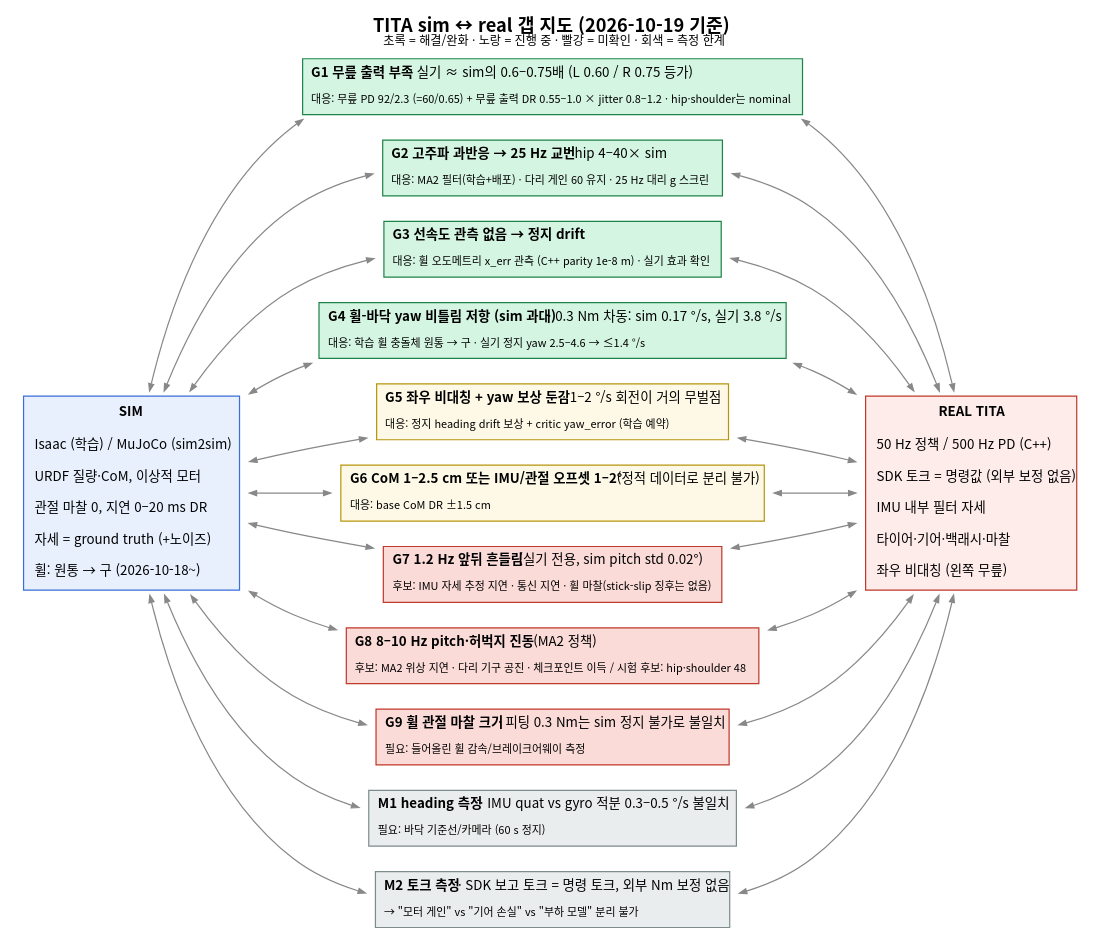
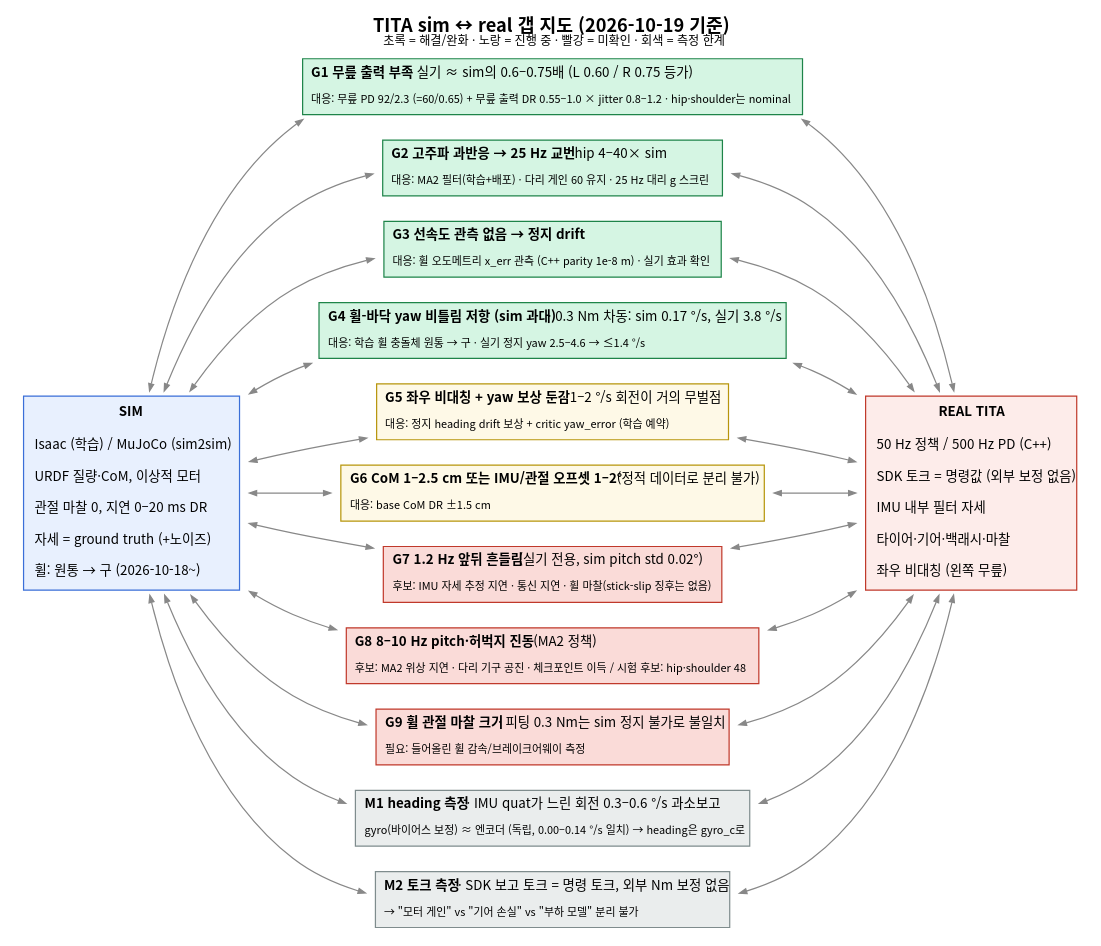
Before and after one commit to JJUNE0/tita_gluon_wbc: the diagram in docs/exp/2026-10-19/sim2real_gap_summary/gap_map.dot, drawn with Graphviz. The commit also changed 497 other files, not shown here.

```diff
--- a/docs/exp/2026-10-19/sim2real_gap_summary/gap_map.dot
+++ b/docs/exp/2026-10-19/sim2real_gap_summary/gap_map.dot
@@ -1,39 +1,39 @@
 digraph G {
   rankdir=LR; nodesep=0.18; ranksep=0.5; splines=true; bgcolor="white";
   node [fontname="Noto Sans CJK KR", fontsize=11, shape=plaintext];
   edge [color="#888888", arrowsize=0.6];
   label=<<b>TITA sim ↔ real 갭 지도 (2026-10-19 기준)</b><br/><font point-size="10">초록 = 해결/완화 · 노랑 = 진행 중 · 빨강 = 미확인 · 회색 = 측정 한계</font>>;
   labelloc=t; fontname="Noto Sans CJK KR"; fontsize=15;
 
   SIM [label=<<table border="1" cellborder="0" cellpadding="6" bgcolor="#e8f0fe" color="#3b6fd8">
     <tr><td><b>SIM</b></td></tr>
     <tr><td align="left">Isaac (학습) / MuJoCo (sim2sim)</td></tr>
     <tr><td align="left">URDF 질량·CoM, 이상적 모터</td></tr>
     <tr><td align="left">관절 마찰 0, 지연 0–20 ms DR</td></tr>
     <tr><td align="left">자세 = ground truth (+노이즈)</td></tr>
     <tr><td align="left">휠: 원통 → 구 (2026-10-18~)</td></tr></table>>];
 
   REAL [label=<<table border="1" cellborder="0" cellpadding="6" bgcolor="#fdecea" color="#c0392b">
     <tr><td><b>REAL TITA</b></td></tr>
     <tr><td align="left">50 Hz 정책 / 500 Hz PD (C++)</td></tr>
     <tr><td align="left">SDK 토크 = 명령값 (외부 보정 없음)</td></tr>
     <tr><td align="left">IMU 내부 필터 자세</td></tr>
     <tr><td align="left">타이어·기어·백래시·마찰</td></tr>
     <tr><td align="left">좌우 비대칭 (왼쪽 무릎)</td></tr></table>>];
 
   node [shape=plaintext];
   g1 [label=<<table border="1" cellborder="0" cellpadding="4" bgcolor="#d5f5e3" color="#1e8449"><tr><td align="left"><b>G1 무릎 출력 부족</b> · 실기 ≈ sim의 0.6–0.75배 (L 0.60 / R 0.75 등가)</td></tr><tr><td align="left"><font point-size="9">대응: 무릎 PD 92/2.3 (=60/0.65) + 무릎 출력 DR 0.55–1.0 × jitter 0.8–1.2 · hip·shoulder는 nominal</font></td></tr></table>>];
   g2 [label=<<table border="1" cellborder="0" cellpadding="4" bgcolor="#d5f5e3" color="#1e8449"><tr><td align="left"><b>G2 고주파 과반응 → 25 Hz 교번</b> · hip 4–40× sim</td></tr><tr><td align="left"><font point-size="9">대응: MA2 필터(학습+배포) · 다리 게인 60 유지 · 25 Hz 대리 g 스크린</font></td></tr></table>>];
   g3 [label=<<table border="1" cellborder="0" cellpadding="4" bgcolor="#d5f5e3" color="#1e8449"><tr><td align="left"><b>G3 선속도 관측 없음 → 정지 drift</b></td></tr><tr><td align="left"><font point-size="9">대응: 휠 오도메트리 x_err 관측 (C++ parity 1e-8 m) · 실기 효과 확인</font></td></tr></table>>];
   g4 [label=<<table border="1" cellborder="0" cellpadding="4" bgcolor="#d5f5e3" color="#1e8449"><tr><td align="left"><b>G4 휠-바닥 yaw 비틀림 저항 (sim 과대)</b> · 0.3 Nm 차동: sim 0.17 °/s, 실기 3.8 °/s</td></tr><tr><td align="left"><font point-size="9">대응: 학습 휠 충돌체 원통 → 구 · 실기 정지 yaw 2.5–4.6 → ≤1.4 °/s</font></td></tr></table>>];
   g5 [label=<<table border="1" cellborder="0" cellpadding="4" bgcolor="#fef9e7" color="#b7950b"><tr><td align="left"><b>G5 좌우 비대칭 + yaw 보상 둔감</b> · 1–2 °/s 회전이 거의 무벌점</td></tr><tr><td align="left"><font point-size="9">대응: 정지 heading drift 보상 + critic yaw_error (학습 예약)</font></td></tr></table>>];
   g6 [label=<<table border="1" cellborder="0" cellpadding="4" bgcolor="#fef9e7" color="#b7950b"><tr><td align="left"><b>G6 CoM 1–2.5 cm 또는 IMU/관절 오프셋 1–2°</b> (정적 데이터로 분리 불가)</td></tr><tr><td align="left"><font point-size="9">대응: base CoM DR ±1.5 cm</font></td></tr></table>>];
   g7 [label=<<table border="1" cellborder="0" cellpadding="4" bgcolor="#fadbd8" color="#c0392b"><tr><td align="left"><b>G7 1.2 Hz 앞뒤 흔들림</b> (실기 전용, sim pitch std 0.02°)</td></tr><tr><td align="left"><font point-size="9">후보: IMU 자세 추정 지연 · 통신 지연 · 휠 마찰(stick-slip 징후는 없음)</font></td></tr></table>>];
   g8 [label=<<table border="1" cellborder="0" cellpadding="4" bgcolor="#fadbd8" color="#c0392b"><tr><td align="left"><b>G8 8–10 Hz pitch·허벅지 진동</b> (MA2 정책)</td></tr><tr><td align="left"><font point-size="9">후보: MA2 위상 지연 · 다리 기구 공진 · 체크포인트 이득 / 시험 후보: hip·shoulder 48</font></td></tr></table>>];
   g9 [label=<<table border="1" cellborder="0" cellpadding="4" bgcolor="#fadbd8" color="#c0392b"><tr><td align="left"><b>G9 휠 관절 마찰 크기</b> · 피팅 0.3 Nm는 sim 정지 불가로 불일치</td></tr><tr><td align="left"><font point-size="9">필요: 들어올린 휠 감속/브레이크어웨이 측정</font></td></tr></table>>];
-  m1 [label=<<table border="1" cellborder="0" cellpadding="4" bgcolor="#eaeded" color="#7f8c8d"><tr><td align="left"><b>M1 heading 측정</b> · IMU quat vs gyro 적분 0.3–0.5 °/s 불일치</td></tr><tr><td align="left"><font point-size="9">필요: 바닥 기준선/카메라 (60 s 정지)</font></td></tr></table>>];
+  m1 [label=<<table border="1" cellborder="0" cellpadding="4" bgcolor="#eaeded" color="#7f8c8d"><tr><td align="left"><b>M1 heading 측정</b> · IMU quat가 느린 회전 0.3–0.6 °/s 과소보고</td></tr><tr><td align="left"><font point-size="9">gyro(바이어스 보정) ≈ 엔코더 (독립, 0.00–0.14 °/s 일치) → heading은 gyro_c로</font></td></tr></table>>];
   m2 [label=<<table border="1" cellborder="0" cellpadding="4" bgcolor="#eaeded" color="#7f8c8d"><tr><td align="left"><b>M2 토크 측정</b> · SDK 보고 토크 = 명령 토크, 외부 Nm 보정 없음</td></tr><tr><td align="left"><font point-size="9">→ "모터 게인" vs "기어 손실" vs "부하 모델" 분리 불가</font></td></tr></table>>];
 
   SIM -> {g1 g2 g3 g4 g5 g6 g7 g8 g9 m1 m2} [dir=both];
   {g1 g2 g3 g4 g5 g6 g7 g8 g9 m1 m2} -> REAL [dir=both];
 }
```
